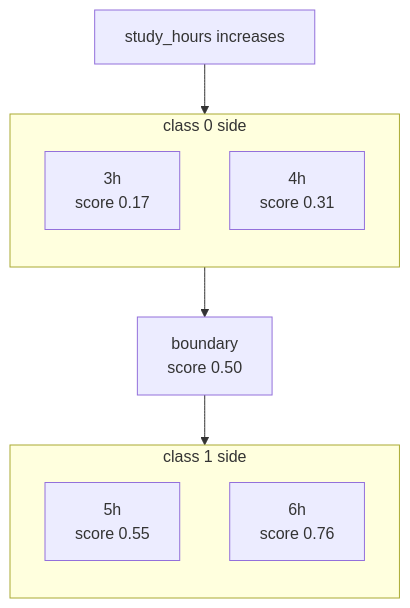
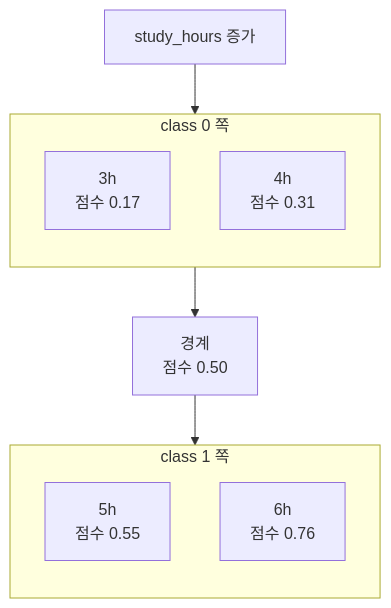
The diagram in docs/assets/part-04/chapter-11/p4-11-2-mermaid-01-ko.mmd (devchan64/AiBook), drawn with Mermaid before and after one commit. The commit also changed 279 other files, not shown here.

Commit message:
Localize Part 4 Korean and Chinese diagrams

```diff
--- a/docs/assets/part-04/chapter-11/p4-11-2-mermaid-01-ko.mmd
+++ b/docs/assets/part-04/chapter-11/p4-11-2-mermaid-01-ko.mmd
@@ -1,19 +1,19 @@
 flowchart TD
-  A["study_hours increases"]
+  A["study_hours 증가"]
 
-  subgraph L["class 0 side"]
+  subgraph L["class 0 쪽"]
     direction TB
-    L1["3h<br/>score 0.17"]
-    L2["4h<br/>score 0.31"]
+    L1["3h<br/>점수 0.17"]
+    L2["4h<br/>점수 0.31"]
   end
 
-  B["boundary<br/>score 0.50"]
+  B["경계<br/>점수 0.50"]
 
-  subgraph R["class 1 side"]
+  subgraph R["class 1 쪽"]
     direction TB
-    R1["5h<br/>score 0.55"]
-    R2["6h<br/>score 0.76"]
+    R1["5h<br/>점수 0.55"]
+    R2["6h<br/>점수 0.76"]
   end
 
   A --> L
   L --> B --> R
```
